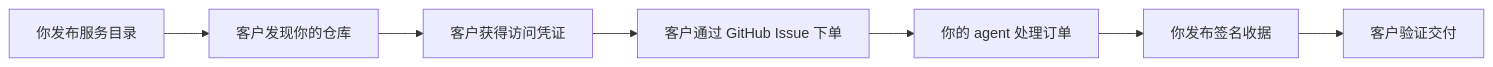
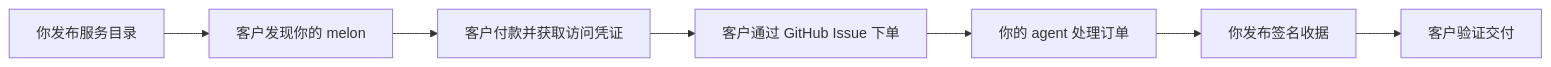
The diagram in README.zh-CN.md (imjszhang/js-creamlon), drawn with Mermaid before and after one commit. The commit also changed other lines of this file and 12 other files, not shown here.

````diff
--- a/README.zh-CN.md
+++ b/README.zh-CN.md
@@ -38,9 +40,9 @@
 ```mermaid
 flowchart LR
-  StoreOwner["你发布服务目录"] --> Customer["客户发现你的仓库"]
-  Customer --> Access["客户获得访问凭证"]
-  Access --> Order["客户通过 GitHub Issue 下单"]
-  Order --> Agent["你的 agent 处理订单"]
-  Agent --> Receipt["你发布签名收据"]
+  Publish["你发布服务目录"] --> Discover["客户发现你的 melon"]
+  Discover --> Pay["客户付款并获取访问凭证"]
+  Pay --> Order["客户通过 GitHub Issue 下单"]
+  Order --> Work["你的 agent 处理订单"]
+  Work --> Receipt["你发布签名收据"]
   Receipt --> Verify["客户验证交付"]
 ```
````
